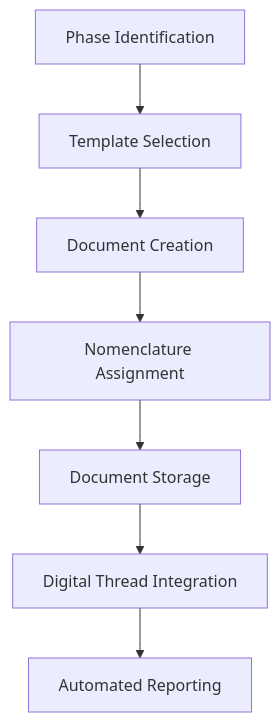
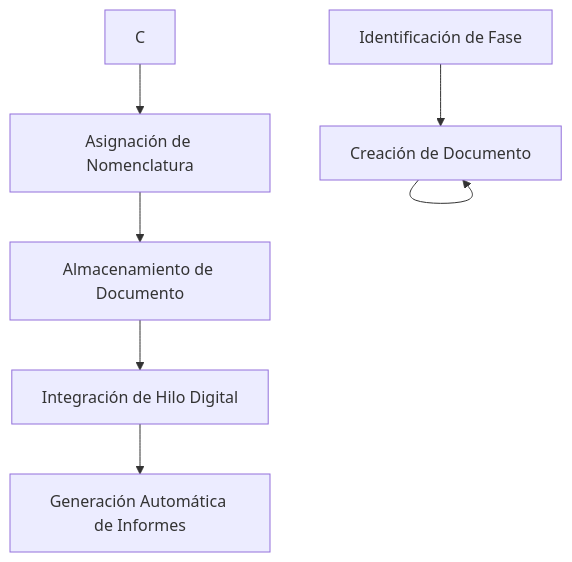
The diagram in annexes/AnnexF_DocumentationTemplatesLibrary.md (Robbbo-T/A-Q-U-A_V), drawn with Mermaid before and after one commit. The commit also changed other lines of this file, not shown here.

````diff
--- a/annexes/AnnexF_DocumentationTemplatesLibrary.md
+++ b/annexes/AnnexF_DocumentationTemplatesLibrary.md
@@ -471,9 +398,9 @@
 ```mermaid
 graph TD
-    A[Phase Identification] --> B[Template Selection]
-    B --> C[Document Creation]
-    C --> D[Nomenclature Assignment]
-    D --> E[Document Storage]
-    E --> F[Digital Thread Integration]
-    F --> G[Automated Reporting]
+    A[Identificación de Fase] --> B[Selección de Plantilla]
+    B --> B[Creación de Documento]
+    C --> D[Asignación de Nomenclatura]
+    D --> E[Almacenamiento de Documento]
+    E --> F[Integración de Hilo Digital]
+    F --> G[Generación Automática de Informes]
 ```
````
